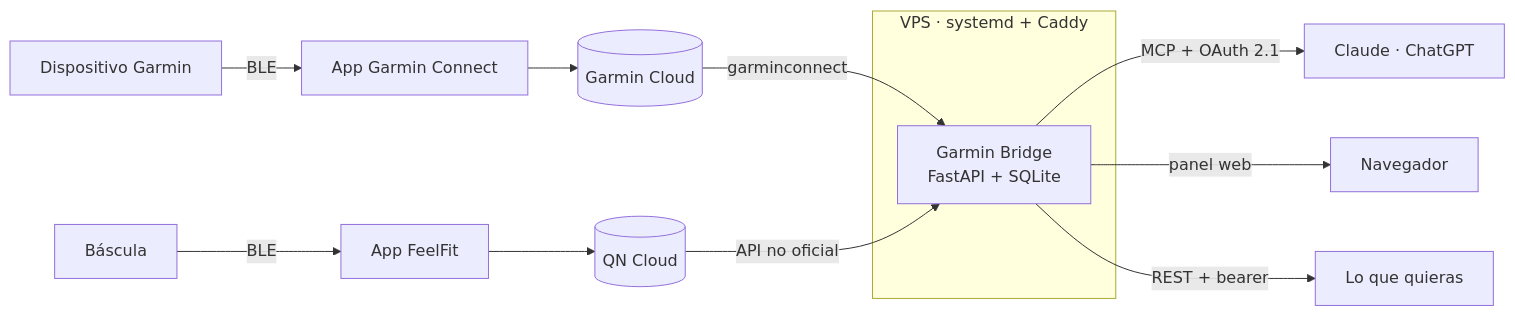
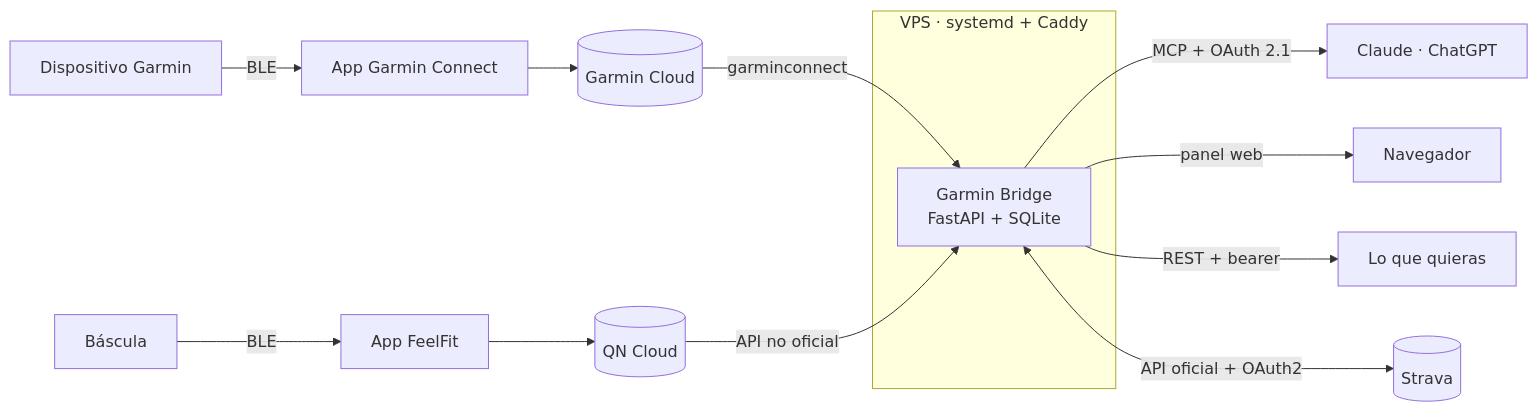
One commit to DemboNauta/garmin-ia changed the diagram in README.md. Above: the diagram before and after it, drawn with Mermaid. The commit also changed other lines of this file and 1 other file, not shown here.

First line of the commit message:
Documenta la sincronización con Strava

````diff
--- a/README.md
+++ b/README.md
@@ -157,15 +192,16 @@
 ```mermaid
 flowchart LR
     D[Dispositivo Garmin] -->|BLE| A[App Garmin Connect]
     A --> G[(Garmin Cloud)]
     G -->|garminconnect| B
     E[Báscula] -->|BLE| F[App FeelFit]
     F --> H[(QN Cloud)]
     H -->|API no oficial| B
     subgraph VPS[VPS · systemd + Caddy]
         B[Garmin Bridge<br/>FastAPI + SQLite]
     end
     B -->|MCP + OAuth 2.1| C[Claude · ChatGPT]
     B -->|panel web| N[Navegador]
     B -->|REST + bearer| R[Lo que quieras]
+    B <-->|API oficial + OAuth2| S[(Strava)]
 ```
````
